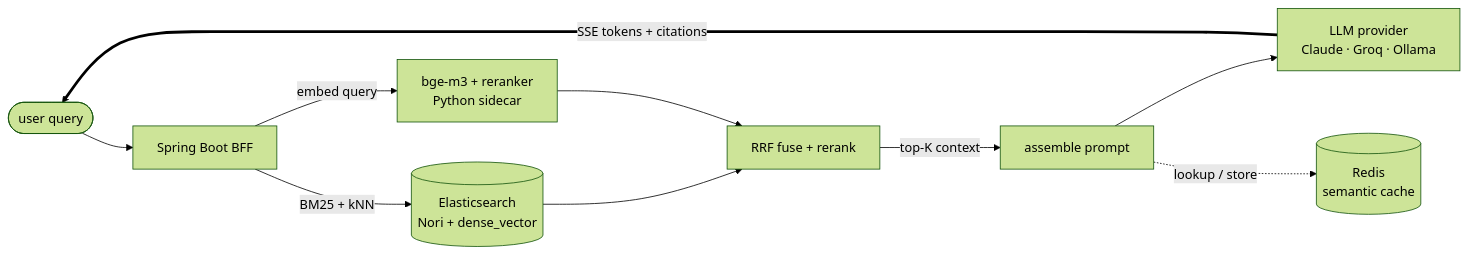
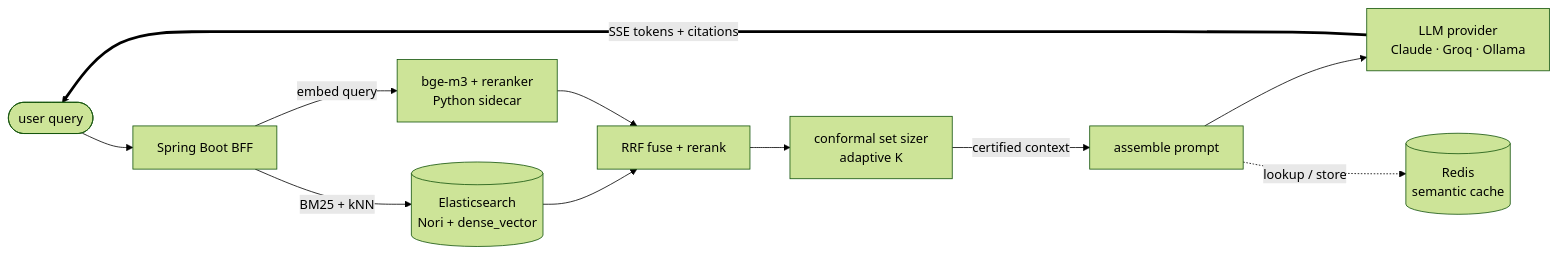
Before and after one commit to jinwovo/recall: the first of 2 diagrams in README.md, drawn with Mermaid (forest theme). The commit also changed other lines of this file and 4 other files, not shown here.

````diff
--- a/README.md
+++ b/README.md
@@ -58,12 +309,13 @@
 ```mermaid
 flowchart LR
     Q([user query]) --> BFF[Spring Boot BFF]
     BFF -->|embed query| SIDE[bge-m3 + reranker<br/>Python sidecar]
     BFF -->|BM25 + kNN| ES[(Elasticsearch<br/>Nori + dense_vector)]
     ES --> FUSE[RRF fuse + rerank]
     SIDE --> FUSE
-    FUSE -->|top-K context| RAG[assemble prompt]
+    FUSE --> SIZE[conformal set sizer<br/>adaptive K]
+    SIZE -->|certified context| RAG[assemble prompt]
     RAG --> LLM[LLM provider<br/>Claude · Groq · Ollama]
     RAG -.lookup / store.-> REDIS[(Redis<br/>semantic cache)]
     LLM ==>|SSE tokens + citations| Q
 ```
````
